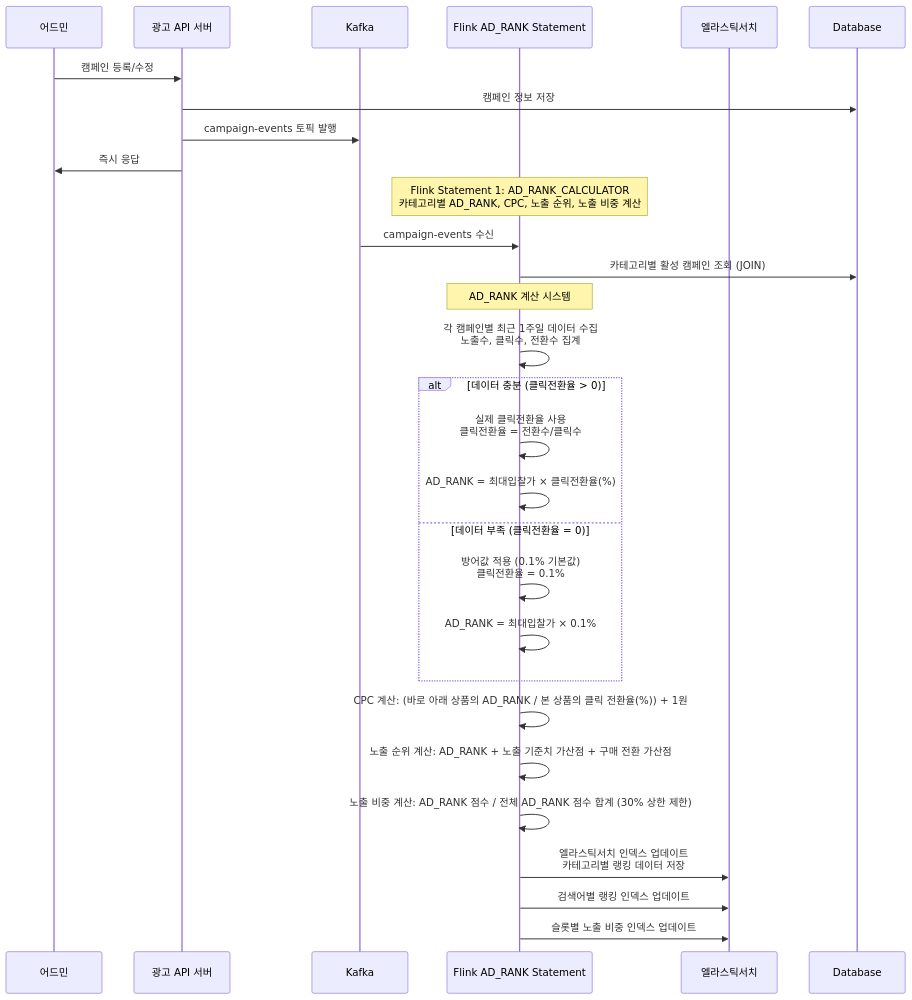
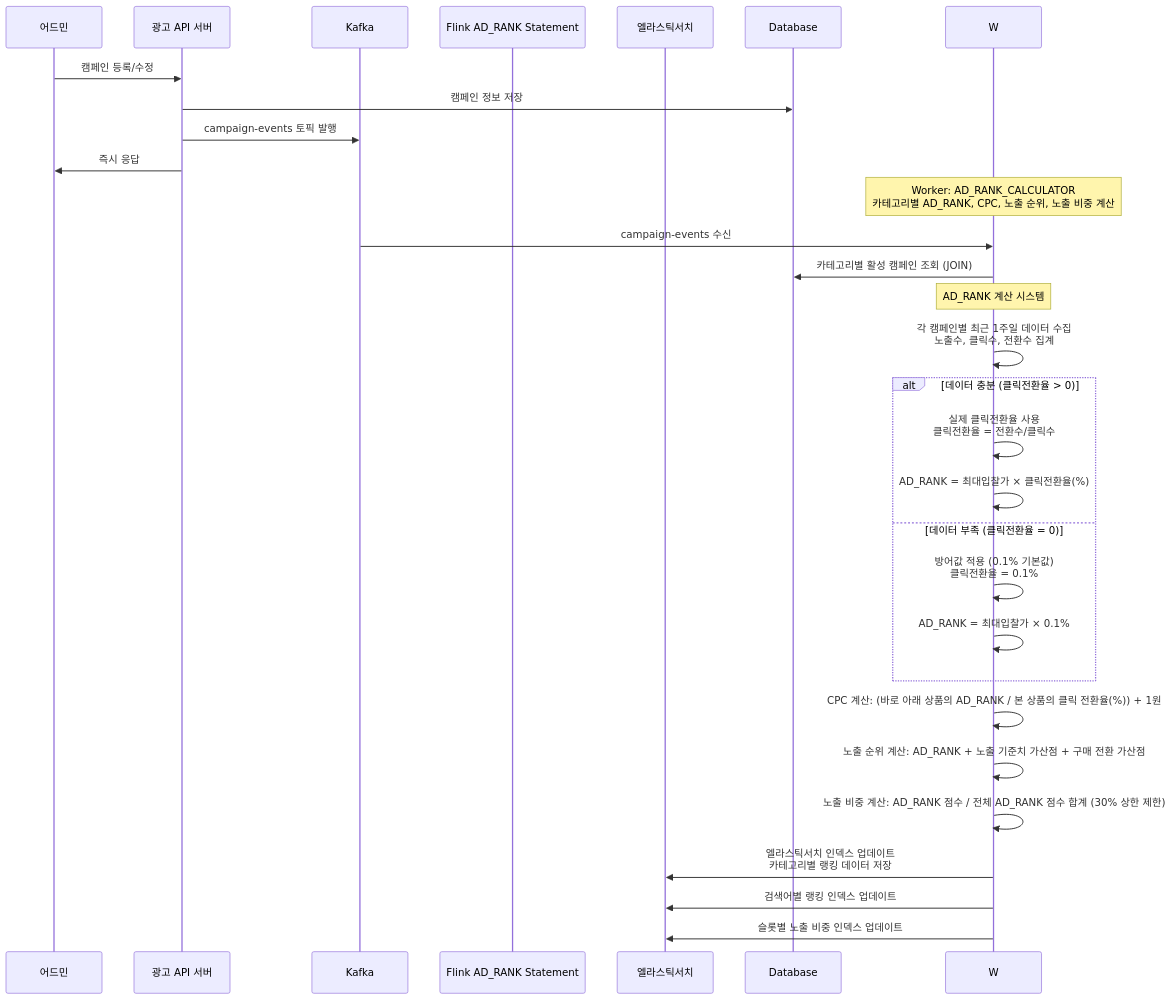
One commit to smk692/advertisement-project changed the second of 6 diagrams in docs/2. 설계/2-2. 아키텍처.md. Above: the diagram before and after it, drawn with Mermaid. The commit also changed other lines of this file and 1 other file, not shown here.

First line of the commit message:
docs: Flink와 Worker 역할 분담 수정 - AD_RANK 계산은 Worker 담당

````diff
--- a/docs/2. 설계/2-2. 아키텍처.md
+++ b/docs/2. 설계/2-2. 아키텍처.md
@@ -117,37 +117,37 @@
 ```mermaid
 sequenceDiagram
     participant Admin as 어드민
     participant API as 광고 API 서버
     participant K as Kafka
     participant F as Flink AD_RANK Statement
     participant ES as 엘라스틱서치
     participant DB as Database
     
     Admin->>API: 캠페인 등록/수정
     API->>DB: 캠페인 정보 저장
     API->>K: campaign-events 토픽 발행
     API->>Admin: 즉시 응답
     
-    Note over F: Flink Statement 1: AD_RANK_CALCULATOR<br/>카테고리별 AD_RANK, CPC, 노출 순위, 노출 비중 계산
-    K->>F: campaign-events 수신
+    Note over W: Worker: AD_RANK_CALCULATOR<br/>카테고리별 AD_RANK, CPC, 노출 순위, 노출 비중 계산
+    K->>W: campaign-events 수신
     
-    F->>DB: 카테고리별 활성 캠페인 조회 (JOIN)
+    W->>DB: 카테고리별 활성 캠페인 조회 (JOIN)
     
-    Note over F: AD_RANK 계산 시스템
-    F->>F: 각 캠페인별 최근 1주일 데이터 수집<br/>노출수, 클릭수, 전환수 집계
+    Note over W: AD_RANK 계산 시스템
+    W->>W: 각 캠페인별 최근 1주일 데이터 수집<br/>노출수, 클릭수, 전환수 집계
     
     alt 데이터 충분 (클릭전환율 > 0)
-        F->>F: 실제 클릭전환율 사용<br/>클릭전환율 = 전환수/클릭수
-        F->>F: AD_RANK = 최대입찰가 × 클릭전환율(%)
+        W->>W: 실제 클릭전환율 사용<br/>클릭전환율 = 전환수/클릭수
+        W->>W: AD_RANK = 최대입찰가 × 클릭전환율(%)
     else 데이터 부족 (클릭전환율 = 0)  
-        F->>F: 방어값 적용 (0.1% 기본값)<br/>클릭전환율 = 0.1%
-        F->>F: AD_RANK = 최대입찰가 × 0.1%
+        W->>W: 방어값 적용 (0.1% 기본값)<br/>클릭전환율 = 0.1%
+        W->>W: AD_RANK = 최대입찰가 × 0.1%
     end
     
-    F->>F: CPC 계산: (바로 아래 상품의 AD_RANK / 본 상품의 클릭 전환율(%)) + 1원
-    F->>F: 노출 순위 계산: AD_RANK + 노출 기준치 가산점 + 구매 전환 가산점
-    F->>F: 노출 비중 계산: AD_RANK 점수 / 전체 AD_RANK 점수 합계 (30% 상한 제한)
-    F->>ES: 엘라스틱서치 인덱스 업데이트<br/>카테고리별 랭킹 데이터 저장
-    F->>ES: 검색어별 랭킹 인덱스 업데이트
-    F->>ES: 슬롯별 노출 비중 인덱스 업데이트
+    W->>W: CPC 계산: (바로 아래 상품의 AD_RANK / 본 상품의 클릭 전환율(%)) + 1원
+    W->>W: 노출 순위 계산: AD_RANK + 노출 기준치 가산점 + 구매 전환 가산점
+    W->>W: 노출 비중 계산: AD_RANK 점수 / 전체 AD_RANK 점수 합계 (30% 상한 제한)
+    W->>ES: 엘라스틱서치 인덱스 업데이트<br/>카테고리별 랭킹 데이터 저장
+    W->>ES: 검색어별 랭킹 인덱스 업데이트
+    W->>ES: 슬롯별 노출 비중 인덱스 업데이트
 ```
````
